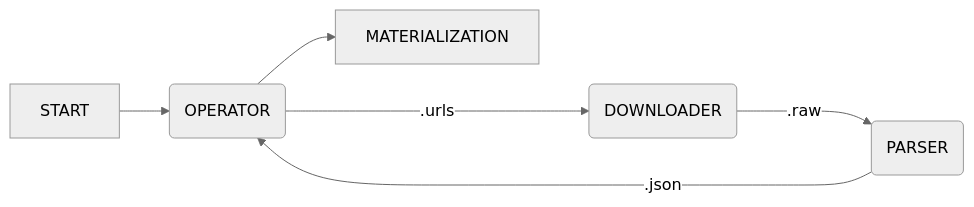
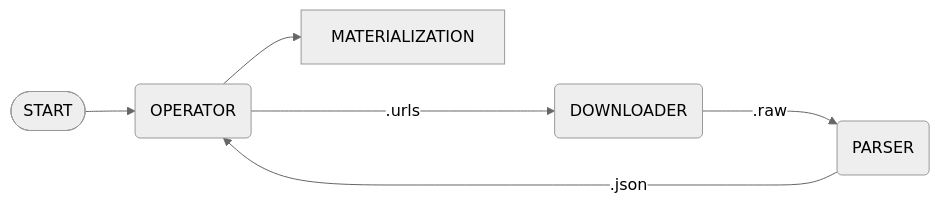
Before and after one commit to Glutexo/onigumo: the diagram in README.md, drawn with Mermaid (neutral theme).

Commit message:
Make the Start box rounded
The Start is just a virtual step that is neither part of Onigumo nor a Spider. It is a mere entry-point to the Operator that behaves the same way as during runtime.

````diff
--- a/README.md
+++ b/README.md
@@ -17,8 +17,8 @@
 ```mermaid
 flowchart LR
-    START              -->         operator(OPERATOR)
-    operator   -- <hash>.urls ---> downloader(DOWNLOADER)
-    downloader -- <hash>.raw  ---> parser(PARSER)
-    parser     -- <hash>.json ---> operator
-    operator           -->         MATERIALIZATION
+    start([START])         -->            operator(OPERATOR)
+    operator       -- <hash>.urls ---> downloader(DOWNLOADER)
+    downloader     -- <hash>.raw  ---> parser(PARSER)
+    parser         -- <hash>.json ---> operator
+    operator               -->         MATERIALIZATION
 ```
````
